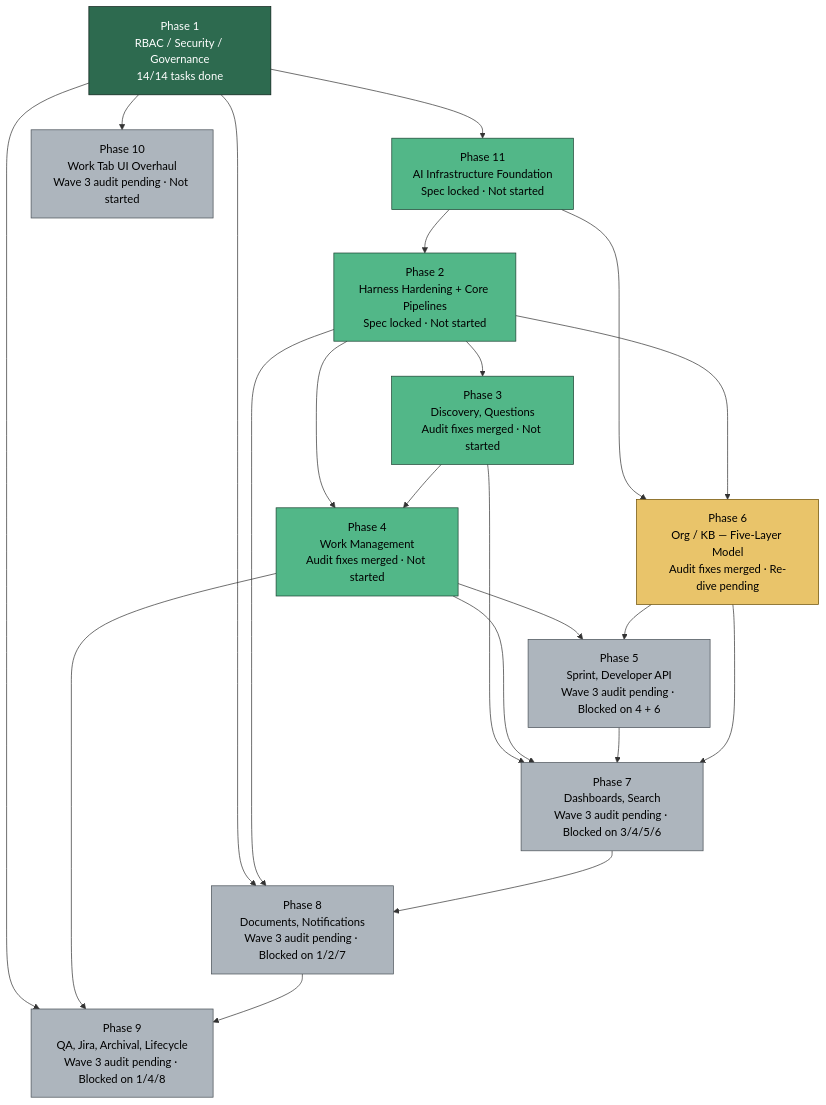
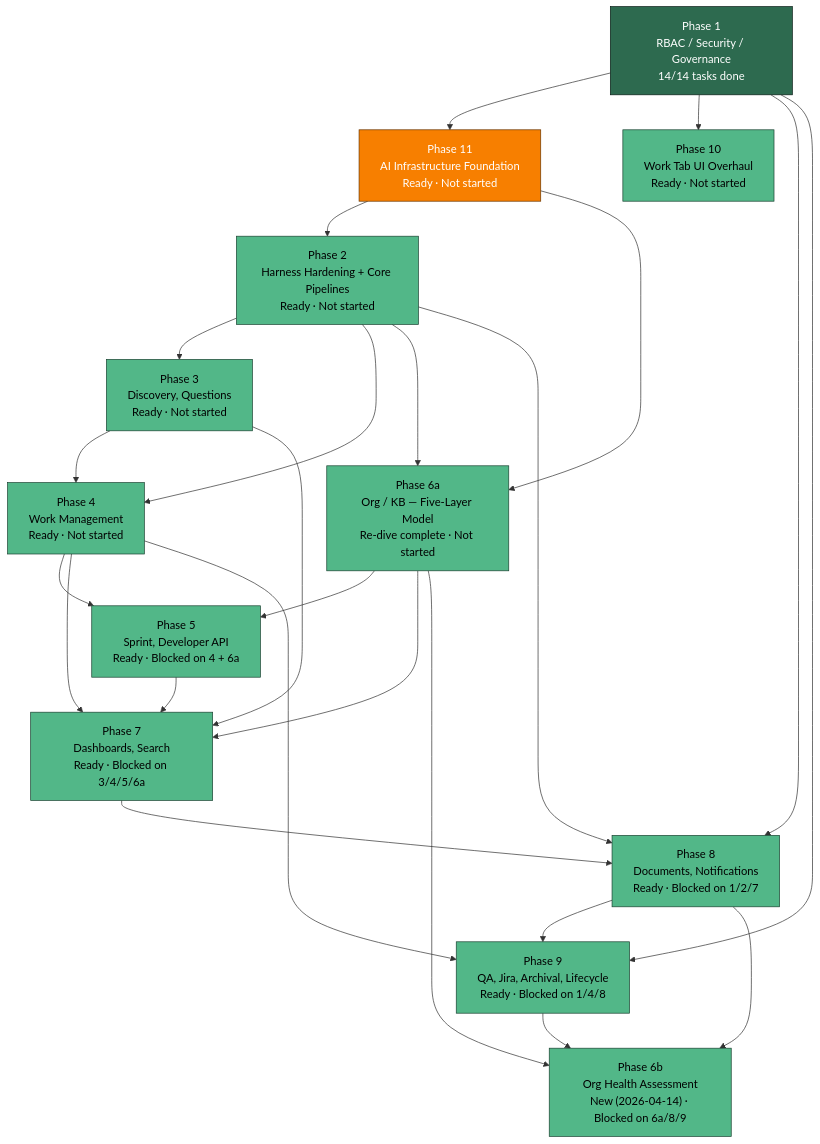
One commit to Mar5929/Salesforce-Consulting-SDLC-App changed the third of 4 diagrams in docs/bef/PROJECT_STATE_VISUAL.md. Above: the diagram before and after it, drawn with Mermaid. The commit also changed other lines of this file and 6 other files, not shown here.

First line of the commit message:
deep-dive(phase-06): re-dive; split into 6a (five-layer KB) + 6b (Org Health)

````diff
--- a/docs/bef/PROJECT_STATE_VISUAL.md
+++ b/docs/bef/PROJECT_STATE_VISUAL.md
@@ -52,42 +53,44 @@
 ```mermaid
 flowchart TD
     P1["Phase 1<br/>RBAC / Security / Governance<br/>14/14 tasks done"]:::done
-    P11["Phase 11<br/>AI Infrastructure Foundation<br/>Spec locked · Not started"]:::ready
-    P10["Phase 10<br/>Work Tab UI Overhaul<br/>Wave 3 audit pending · Not started"]:::wave3
-    P2["Phase 2<br/>Harness Hardening + Core Pipelines<br/>Spec locked · Not started"]:::ready
-    P3["Phase 3<br/>Discovery, Questions<br/>Audit fixes merged · Not started"]:::ready
-    P4["Phase 4<br/>Work Management<br/>Audit fixes merged · Not started"]:::ready
-    P6["Phase 6<br/>Org / KB — Five-Layer Model<br/>Audit fixes merged · Re-dive pending"]:::wave2
-    P5["Phase 5<br/>Sprint, Developer API<br/>Wave 3 audit pending · Blocked on 4 + 6"]:::wave3
-    P7["Phase 7<br/>Dashboards, Search<br/>Wave 3 audit pending · Blocked on 3/4/5/6"]:::wave3
-    P8["Phase 8<br/>Documents, Notifications<br/>Wave 3 audit pending · Blocked on 1/2/7"]:::wave3
-    P9["Phase 9<br/>QA, Jira, Archival, Lifecycle<br/>Wave 3 audit pending · Blocked on 1/4/8"]:::wave3
+    P11["Phase 11<br/>AI Infrastructure Foundation<br/>Ready · Not started"]:::next
+    P10["Phase 10<br/>Work Tab UI Overhaul<br/>Ready · Not started"]:::ready
+    P2["Phase 2<br/>Harness Hardening + Core Pipelines<br/>Ready · Not started"]:::ready
+    P3["Phase 3<br/>Discovery, Questions<br/>Ready · Not started"]:::ready
+    P4["Phase 4<br/>Work Management<br/>Ready · Not started"]:::ready
+    P6a["Phase 6a<br/>Org / KB — Five-Layer Model<br/>Re-dive complete · Not started"]:::ready
+    P5["Phase 5<br/>Sprint, Developer API<br/>Ready · Blocked on 4 + 6a"]:::ready
+    P7["Phase 7<br/>Dashboards, Search<br/>Ready · Blocked on 3/4/5/6a"]:::ready
+    P8["Phase 8<br/>Documents, Notifications<br/>Ready · Blocked on 1/2/7"]:::ready
+    P9["Phase 9<br/>QA, Jira, Archival, Lifecycle<br/>Ready · Blocked on 1/4/8"]:::ready
+    P6b["Phase 6b<br/>Org Health Assessment<br/>New (2026-04-14) · Blocked on 6a/8/9"]:::ready
 
     P1 --> P11
     P1 --> P10
     P11 --> P2
     P2 --> P3
     P2 --> P4
     P3 --> P4
-    P11 --> P6
-    P2 --> P6
+    P11 --> P6a
+    P2 --> P6a
     P4 --> P5
-    P6 --> P5
+    P6a --> P5
     P3 --> P7
     P4 --> P7
     P5 --> P7
-    P6 --> P7
+    P6a --> P7
     P1 --> P8
     P2 --> P8
     P7 --> P8
     P1 --> P9
     P4 --> P9
     P8 --> P9
+    P6a --> P6b
+    P8 --> P6b
+    P9 --> P6b
 
     classDef done fill:#2d6a4f,stroke:#081c15,color:#fff
     classDef ready fill:#52b788,stroke:#1b4332,color:#000
     classDef next fill:#f77f00,stroke:#6a3500,color:#fff
-    classDef wave2 fill:#e9c46a,stroke:#6a4c00,color:#000
-    classDef wave3 fill:#adb5bd,stroke:#495057,color:#000
     classDef blocked fill:#adb5bd,stroke:#495057,color:#000
 ```
````
